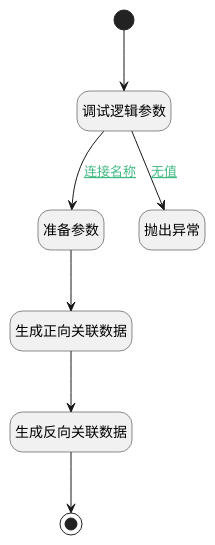
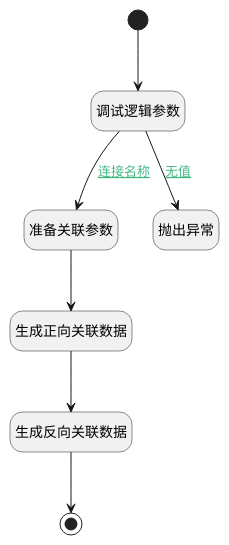
One commit to iBizLab/plm changed the diagram in doc/docsify/module/Wiki/space/logic/other_re_space.md. Above: the diagram before and after it, drawn with PlantUML. The commit also changed other lines of this file and 1778 other files, not shown here.

````diff
--- a/doc/docsify/module/Wiki/space/logic/other_re_space.md
+++ b/doc/docsify/module/Wiki/space/logic/other_re_space.md
@@ -7,29 +7,29 @@
 ```plantuml
 @startuml
 hide empty description
 <style>
 root {
   HyperlinkColor #42b983
 }
 </style>
 
 hide empty description
 state "开始" as Begin <<start>> [[$./other_re_space#begin {"开始"}]]
 state "调试逻辑参数" as DEBUGPARAM1  [[$./other_re_space#debugparam1 {"调试逻辑参数"}]]
-state "准备参数" as PREPAREPARAM1  [[$./other_re_space#prepareparam1 {"准备参数"}]]
+state "准备关联参数" as PREPAREPARAM1  [[$./other_re_space#prepareparam1 {"准备关联参数"}]]
 state "生成正向关联数据" as DEACTION1  [[$./other_re_space#deaction1 {"生成正向关联数据"}]]
 state "生成反向关联数据" as DEACTION2  [[$./other_re_space#deaction2 {"生成反向关联数据"}]]
 state "抛出异常" as THROWEXCEPTION1  [[$./other_re_space#throwexception1 {"抛出异常"}]]
 state "结束" as END1 <<end>> [[$./other_re_space#end1 {"结束"}]]
 
 
 Begin --> DEBUGPARAM1
 DEBUGPARAM1 --> PREPAREPARAM1 : [[$./other_re_space#debugparam1-prepareparam1{连接名称} 连接名称]]
 PREPAREPARAM1 --> DEACTION1
 DEACTION1 --> DEACTION2
 DEACTION2 --> END1
 DEBUGPARAM1 --> THROWEXCEPTION1 : [[$./other_re_space#debugparam1-throwexception1{无值} 无值]]
 
 
 @enduml
 ```
````
